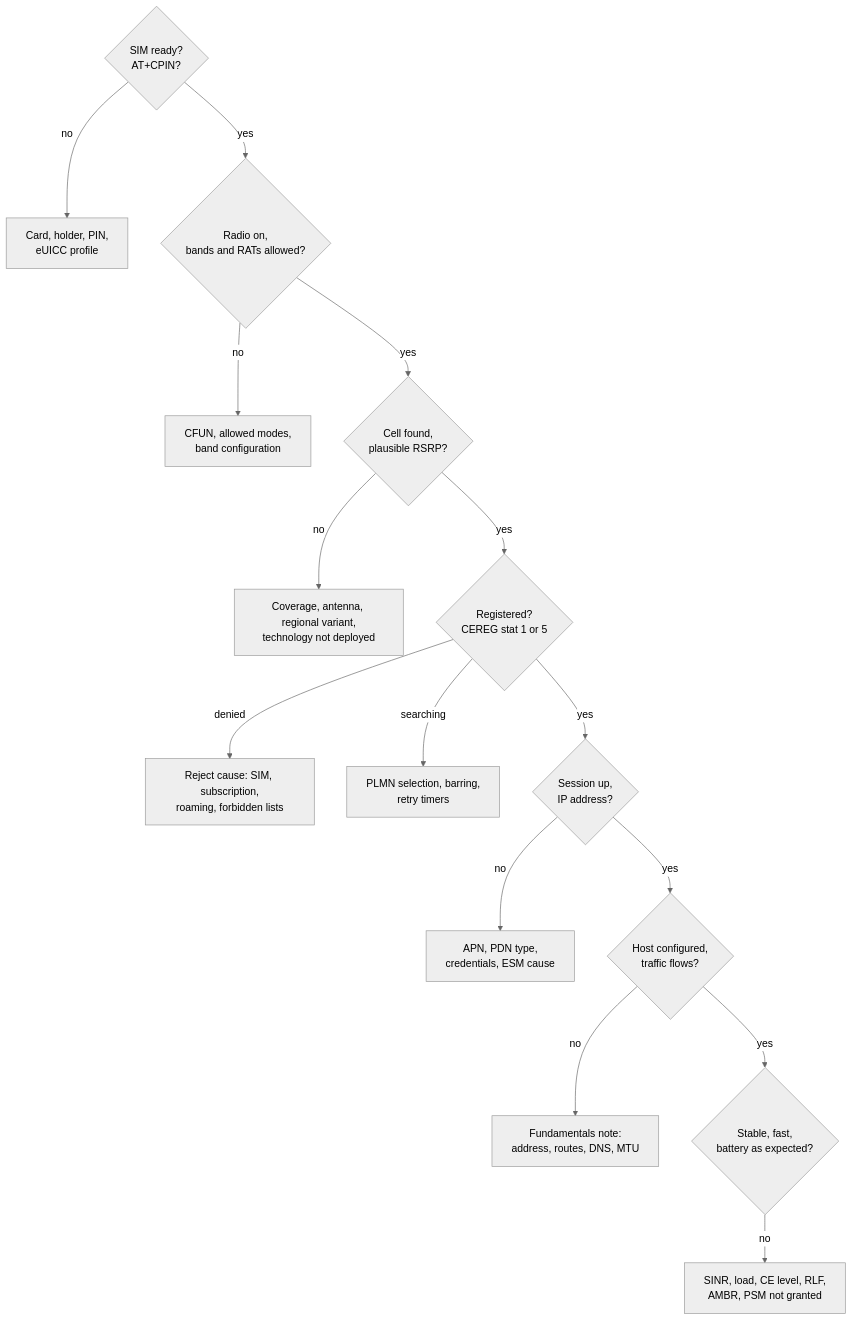
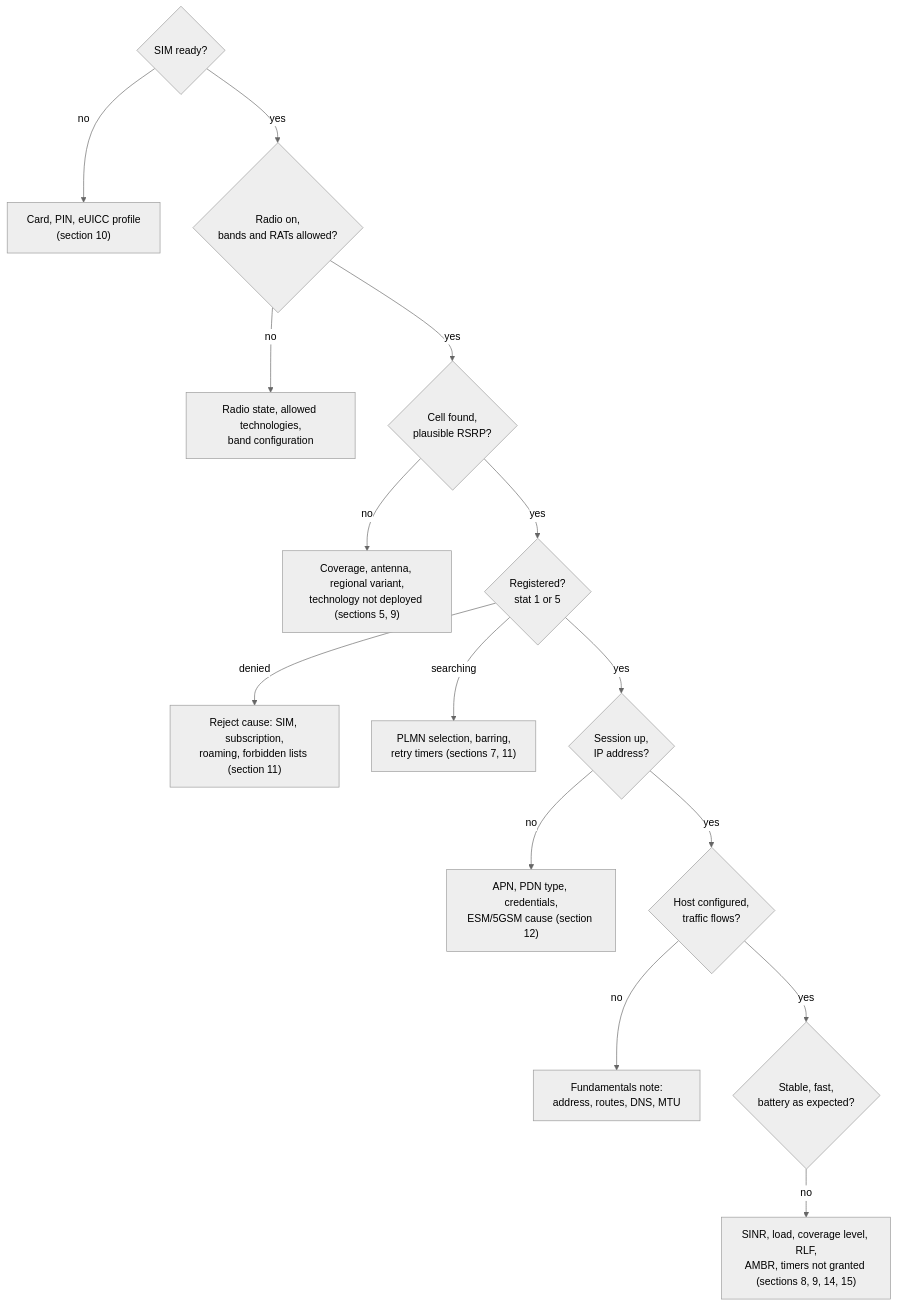
Before and after one commit to yassineflag/engineering-notes-public: diagram 13 of 13 in wireless-protocols-and-connectivity/cellular/cellular.md, drawn with Mermaid (neutral theme). The commit also changed other lines of this file and 1 other file, not shown here.

````diff
--- a/wireless-protocols-and-connectivity/cellular/cellular.md
+++ b/wireless-protocols-and-connectivity/cellular/cellular.md
@@ -1807,17 +1794,17 @@
 ```mermaid
 flowchart TD
-    A{"SIM ready?<br/>AT+CPIN?"} -->|no| SIM["Card, holder, PIN,<br/>eUICC profile"]
+    A{"SIM ready?"} -->|no| SIM["Card, PIN, eUICC profile<br/>(section 10)"]
     A -->|yes| B{"Radio on,<br/>bands and RATs allowed?"}
-    B -->|no| RF["CFUN, allowed modes,<br/>band configuration"]
+    B -->|no| RF["Radio state, allowed technologies,<br/>band configuration"]
     B -->|yes| C{"Cell found,<br/>plausible RSRP?"}
-    C -->|no| COV["Coverage, antenna, regional variant,<br/>technology not deployed"]
-    C -->|yes| D{"Registered?<br/>CEREG stat 1 or 5"}
-    D -->|"denied"| REJ["Reject cause: SIM, subscription,<br/>roaming, forbidden lists"]
-    D -->|"searching"| SEL["PLMN selection, barring,<br/>retry timers"]
+    C -->|no| COV["Coverage, antenna, regional variant,<br/>technology not deployed (sections 5, 9)"]
+    C -->|yes| D{"Registered?<br/>stat 1 or 5"}
+    D -->|"denied"| REJ["Reject cause: SIM, subscription,<br/>roaming, forbidden lists (section 11)"]
+    D -->|"searching"| SEL["PLMN selection, barring,<br/>retry timers (sections 7, 11)"]
     D -->|yes| E{"Session up,<br/>IP address?"}
-    E -->|no| SESS["APN, PDN type,<br/>credentials, ESM cause"]
+    E -->|no| SESS["APN, PDN type, credentials,<br/>ESM/5GSM cause (section 12)"]
     E -->|yes| F{"Host configured,<br/>traffic flows?"}
     F -->|no| HOST["Fundamentals note:<br/>address, routes, DNS, MTU"]
     F -->|yes| G{"Stable, fast,<br/>battery as expected?"}
-    G -->|no| PERF["SINR, load, CE level, RLF,<br/>AMBR, PSM not granted"]
+    G -->|no| PERF["SINR, load, coverage level, RLF,<br/>AMBR, timers not granted (sections 8, 9, 14, 15)"]
 ```
````
